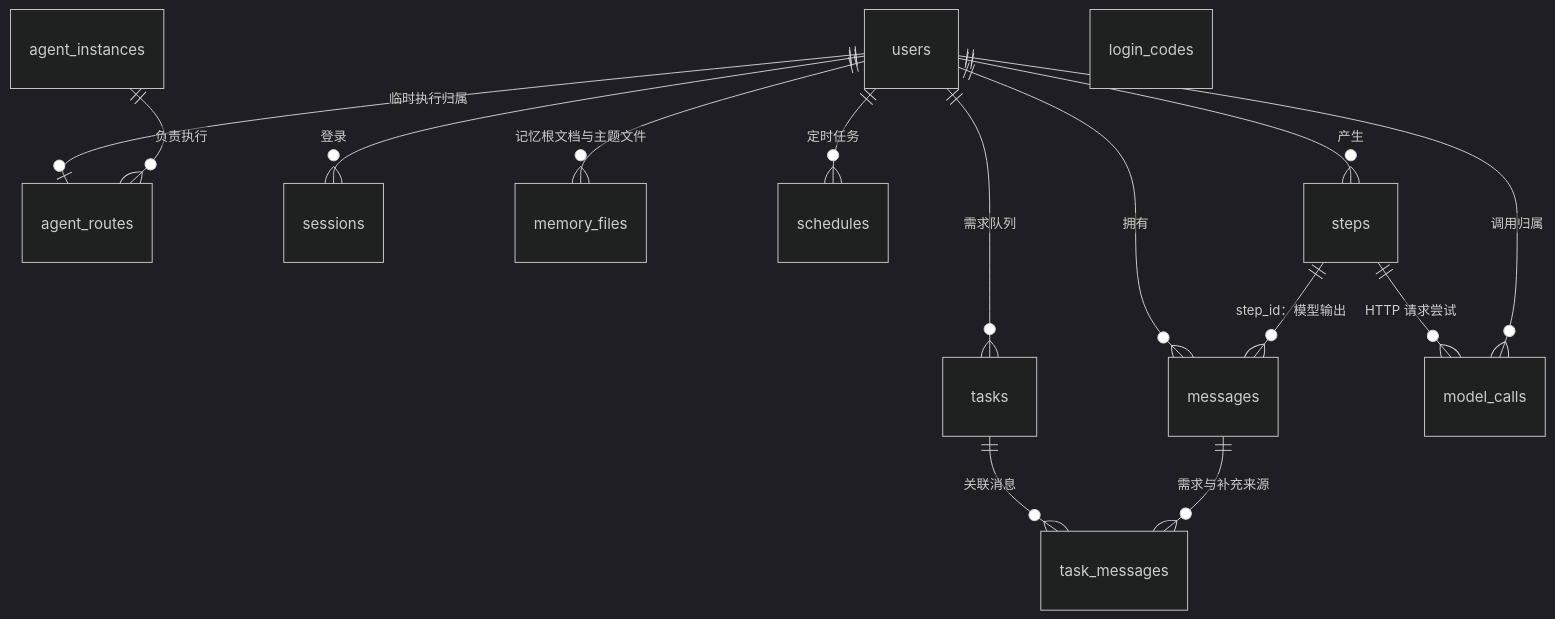
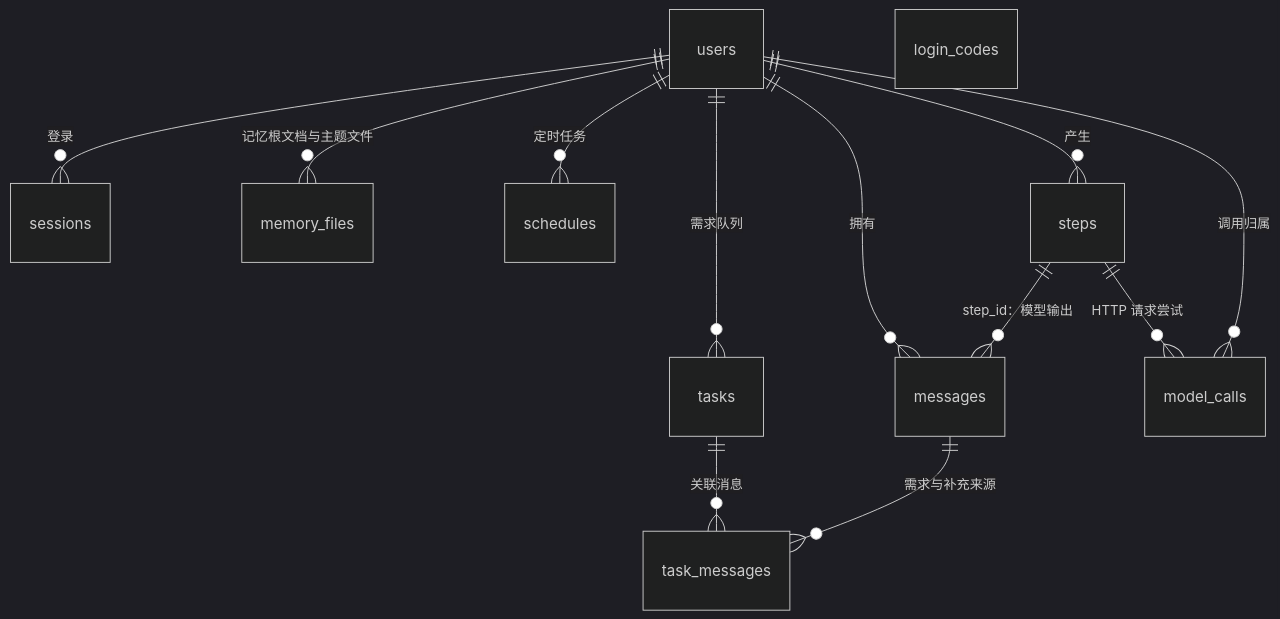
One commit to OmniNetOpensource/aether-personal changed the diagram in docs/wiki/02-data-model.md. Above: the diagram before and after it, drawn with Mermaid (dark theme). The commit also changed other lines of this file and 10 other files, not shown here.

````diff
--- a/docs/wiki/02-data-model.md
+++ b/docs/wiki/02-data-model.md
@@ -17,17 +17,15 @@
 ```mermaid
 erDiagram
-    users ||--o| agent_routes : "临时执行归属"
-    agent_instances ||--o{ agent_routes : "负责执行"
     users ||--o{ sessions : "登录"
     users ||--o{ messages : "拥有"
     users ||--o{ tasks : "需求队列"
     tasks ||--o{ task_messages : "关联消息"
     messages ||--o{ task_messages : "需求与补充来源"
     users ||--o{ memory_files : "记忆根文档与主题文件"
     users ||--o{ schedules : "定时任务"
     users ||--o{ steps : "产生"
     steps ||--o{ model_calls : "HTTP 请求尝试"
     users ||--o{ model_calls : "调用归属"
     steps ||--o{ messages : "step_id：模型输出"
     login_codes
 ```
````
